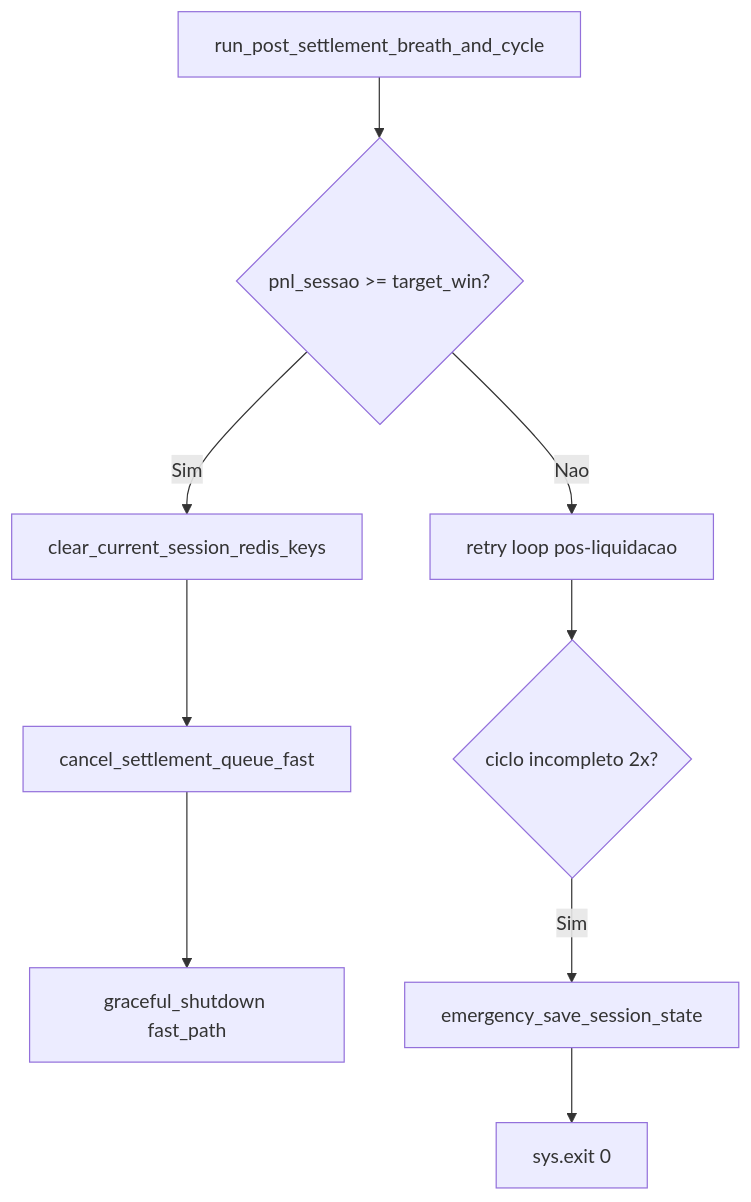
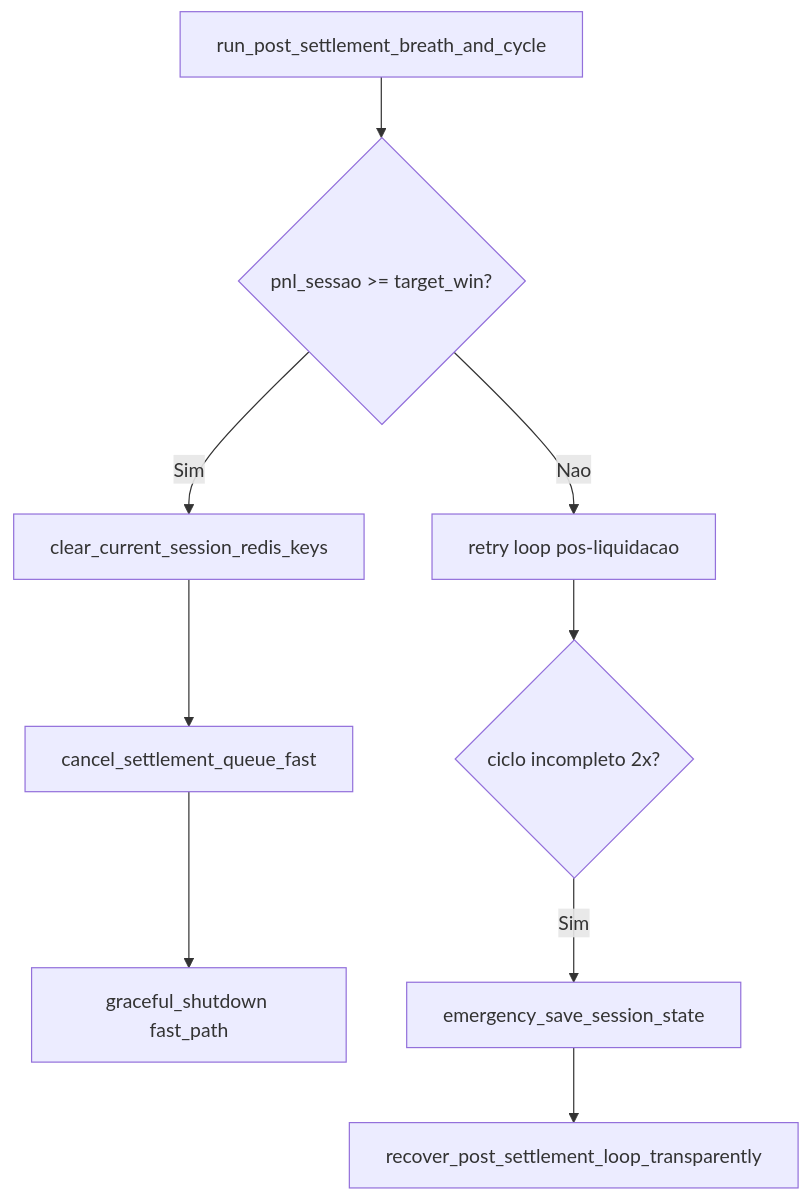
The third of 3 diagrams in docs/arquitetura.md (victorh-silveira/aether-quantum-engine), drawn with Mermaid before and after one commit. The commit also changed other lines of this file and 83 other files, not shown here.

````diff
--- a/docs/arquitetura.md
+++ b/docs/arquitetura.md
@@ -368,11 +411,11 @@
 ```mermaid
 flowchart TD
   A[run_post_settlement_breath_and_cycle] --> B{pnl_sessao >= target_win?}
   B -->|Sim| C[clear_current_session_redis_keys]
   C --> D[cancel_settlement_queue_fast]
   D --> E[graceful_shutdown fast_path]
   B -->|Nao| F[retry loop pos-liquidacao]
   F --> G{ciclo incompleto 2x?}
   G -->|Sim| H[emergency_save_session_state]
-  H --> I[sys.exit 0]
+  H --> I[recover_post_settlement_loop_transparently]
 ```
````
